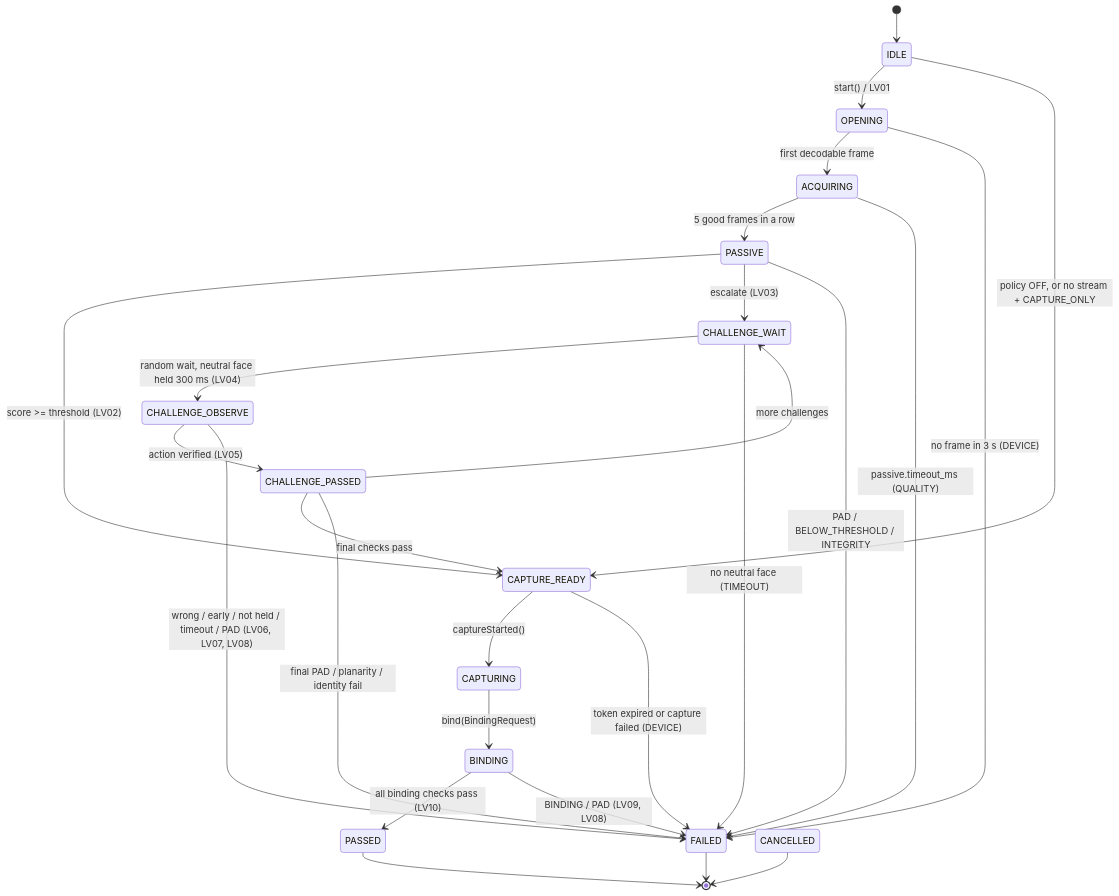
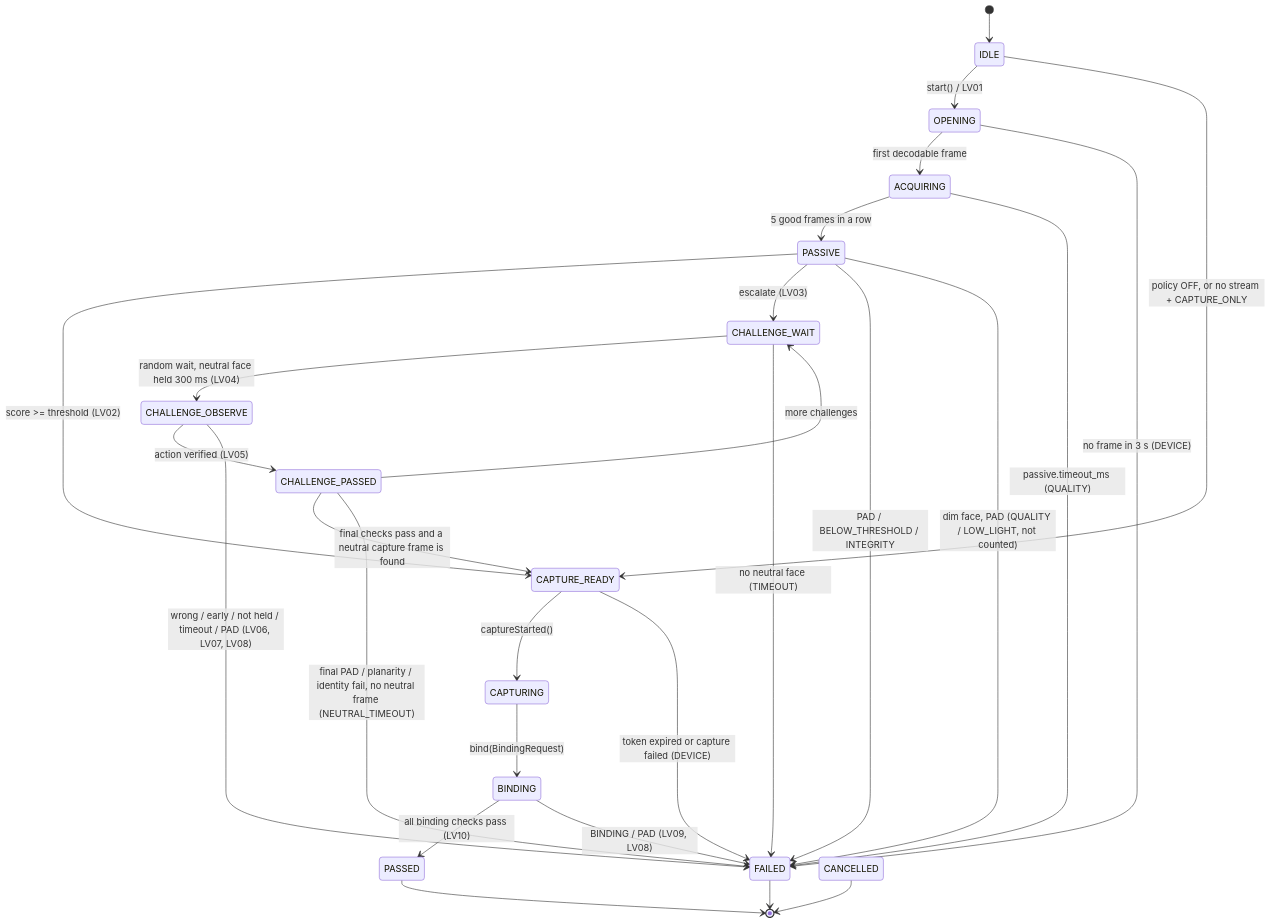
Before and after one commit to Paradox-73/Face_Liveness_Detection_and_Presentation_Attack_Detection: the second of 2 diagrams in docs/design/engine.md, drawn with Mermaid. The commit also changed other lines of this file and 47 other files, not shown here.

````diff
--- a/docs/design/engine.md
+++ b/docs/design/engine.md
@@ -54,28 +54,29 @@
 ```mermaid
 stateDiagram-v2
   [*] --> IDLE
   IDLE --> OPENING: start() / LV01
   IDLE --> CAPTURE_READY: policy OFF, or no stream + CAPTURE_ONLY
   OPENING --> ACQUIRING: first decodable frame
   OPENING --> FAILED: no frame in 3 s (DEVICE)
   ACQUIRING --> PASSIVE: 5 good frames in a row
   ACQUIRING --> FAILED: passive.timeout_ms (QUALITY)
   PASSIVE --> CAPTURE_READY: score >= threshold (LV02)
   PASSIVE --> CHALLENGE_WAIT: escalate (LV03)
   PASSIVE --> FAILED: PAD / BELOW_THRESHOLD / INTEGRITY
+  PASSIVE --> FAILED: dim face, PAD (QUALITY / LOW_LIGHT, not counted)
   CHALLENGE_WAIT --> CHALLENGE_OBSERVE: random wait, neutral face held 300 ms (LV04)
   CHALLENGE_WAIT --> FAILED: no neutral face (TIMEOUT)
   CHALLENGE_OBSERVE --> CHALLENGE_PASSED: action verified (LV05)
   CHALLENGE_OBSERVE --> FAILED: wrong / early / not held / timeout / PAD (LV06, LV07, LV08)
   CHALLENGE_PASSED --> CHALLENGE_WAIT: more challenges
-  CHALLENGE_PASSED --> CAPTURE_READY: final checks pass
-  CHALLENGE_PASSED --> FAILED: final PAD / planarity / identity fail
+  CHALLENGE_PASSED --> CAPTURE_READY: final checks pass and a neutral capture frame is found
+  CHALLENGE_PASSED --> FAILED: final PAD / planarity / identity fail, no neutral frame (NEUTRAL_TIMEOUT)
   CAPTURE_READY --> CAPTURING: captureStarted()
   CAPTURING --> BINDING: bind(BindingRequest)
   BINDING --> PASSED: all binding checks pass (LV10)
   BINDING --> FAILED: BINDING / PAD (LV09, LV08)
   CAPTURE_READY --> FAILED: token expired or capture failed (DEVICE)
   PASSED --> [*]
   FAILED --> [*]
   CANCELLED --> [*]
 ```
````
